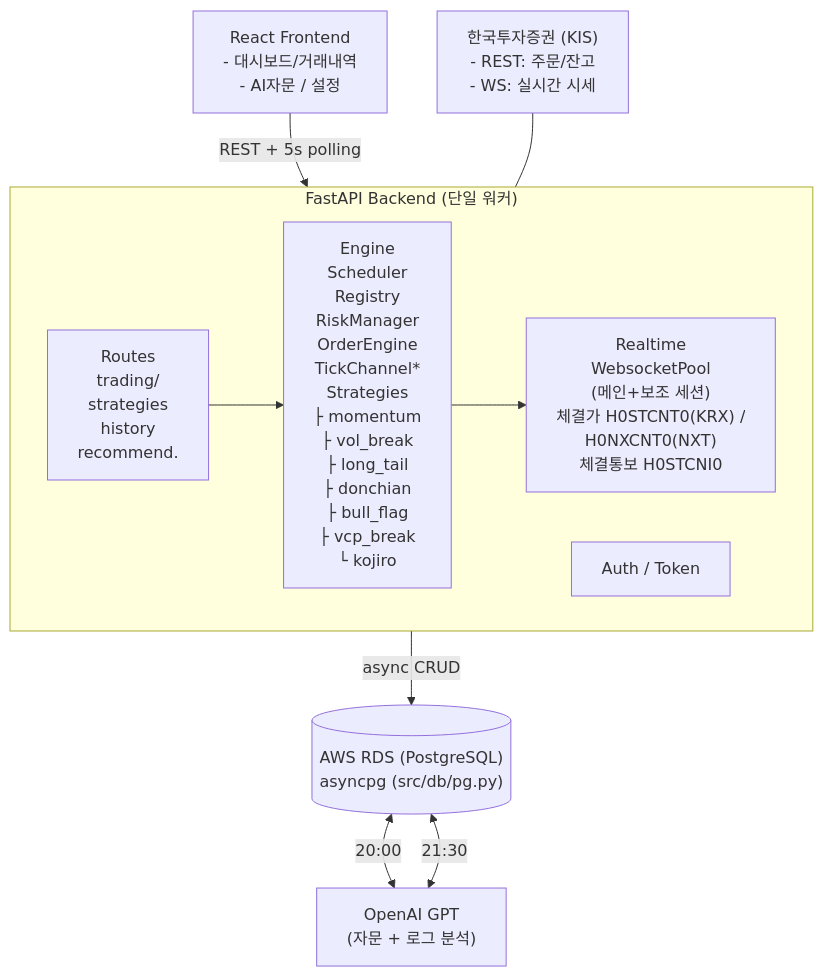
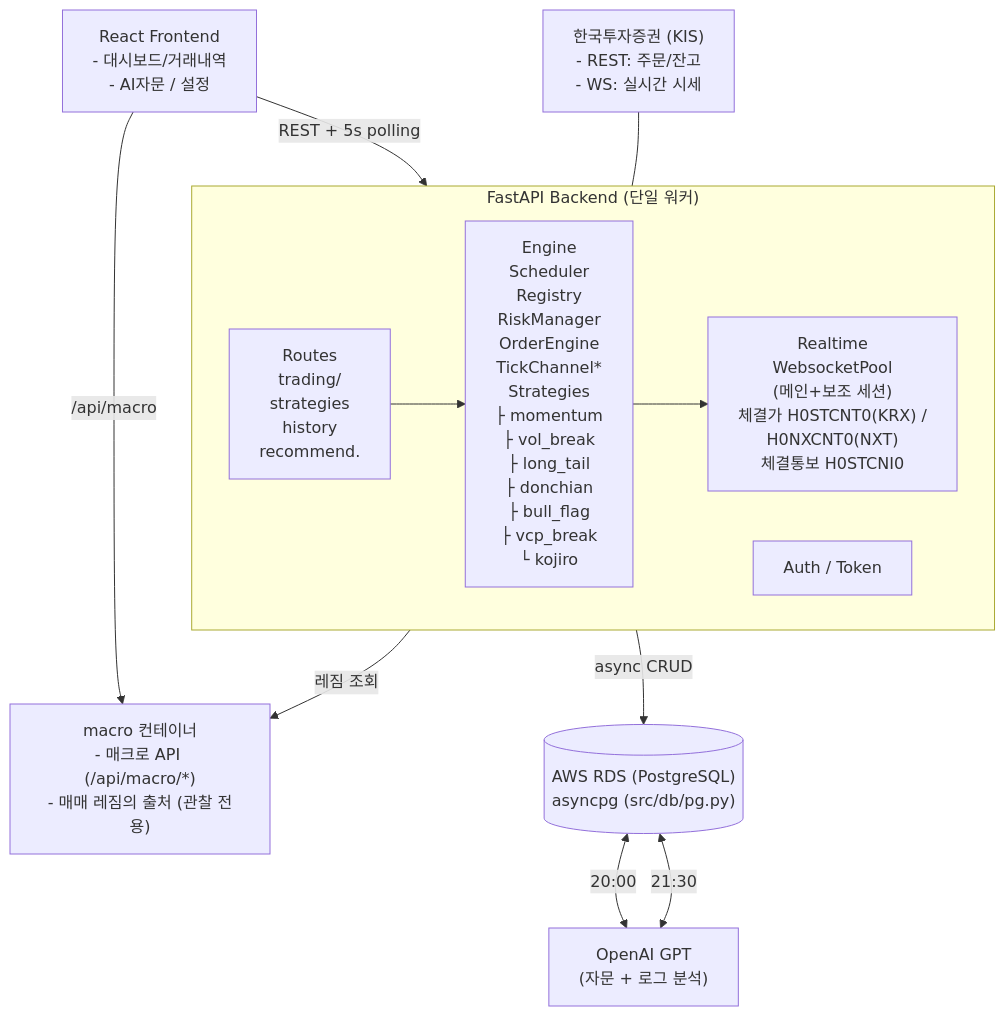
One commit to canduk910/auto_stock changed the first of 7 diagrams in README.md. Above: the diagram before and after it, drawn with Mermaid. The commit also changed other lines of this file and 4 other files, not shown here.

First line of the commit message:
docs: architecture.md 를 7전략 전체로 확대(§4 엔진 그림·멤버 표, §8 매수 신호 흐름 8.3~8.7) + Mermaid 때 찾은 불일치 정리(컨테이너 3개·배포 모드·README kojiro·깨진 앵커) + param_drift.py 모듈 맵 + cycle363 행 정정 부기

````diff
--- a/README.md
+++ b/README.md
@@ -7,20 +7,23 @@
 ```mermaid
 flowchart TB
     FE["React Frontend<br/>- 대시보드/거래내역<br/>- AI자문 / 설정"]
     KIS["한국투자증권 (KIS)<br/>- REST: 주문/잔고<br/>- WS: 실시간 시세"]
     subgraph BE["FastAPI Backend (단일 워커)"]
         direction LR
         ROUTES["Routes<br/>trading/<br/>strategies<br/>history<br/>recommend."]
         ENGINE["Engine<br/>Scheduler<br/>Registry<br/>RiskManager<br/>OrderEngine<br/>TickChannel*<br/>Strategies<br/>├ momentum<br/>├ vol_break<br/>├ long_tail<br/>├ donchian<br/>├ bull_flag<br/>├ vcp_break<br/>└ kojiro"]
         RT["Realtime<br/>WebsocketPool<br/>(메인+보조 세션)<br/>체결가 H0STCNT0(KRX) /<br/>H0NXCNT0(NXT)<br/>체결통보 H0STCNI0"]
         AUTH["Auth / Token"]
         ROUTES --> ENGINE --> RT
     end
     RDS[("AWS RDS (PostgreSQL)<br/>asyncpg (src/db/pg.py)")]
     GPT["OpenAI GPT<br/>(자문 + 로그 분석)"]
+    MAC["macro 컨테이너<br/>- 매크로 API (/api/macro/*)<br/>- 매매 레짐의 출처 (관찰 전용)"]
     FE -->|"REST + 5s polling"| BE
+    FE -->|"/api/macro"| MAC
+    BE -->|"레짐 조회"| MAC
     KIS --- BE
     BE -->|"async CRUD"| RDS
     RDS <-->|"20:00"| GPT
     RDS <-->|"21:30"| GPT
 ```
````
